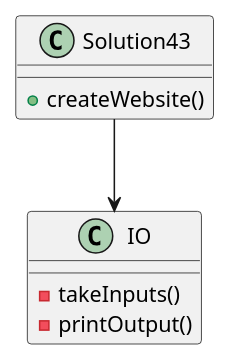
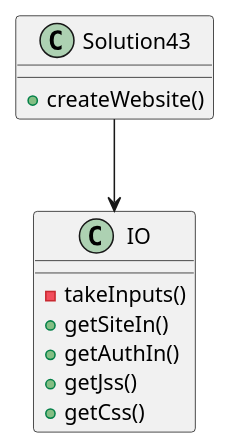
One commit to azoomer2/zommer-a04 changed the diagram in exercise43/docs/Exercise43 UML.puml. Above: the diagram before and after it, drawn with PlantUML. The commit also changed 5 other files, not shown here.

```diff
--- a/exercise43/docs/Exercise43 UML.puml
+++ b/exercise43/docs/Exercise43 UML.puml
@@ -1,15 +1,18 @@
 @startuml
 'https://plantuml.com/sequence-diagram
 
 class Solution43{
     +createWebsite()
 
 }
 class IO{
     -takeInputs()
-    -printOutput()
+    +getSiteIn()
+    +getAuthIn()
+    +getJss()
+    +getCss()
 
 }
 
 Solution43 --> IO
 @enduml
```
